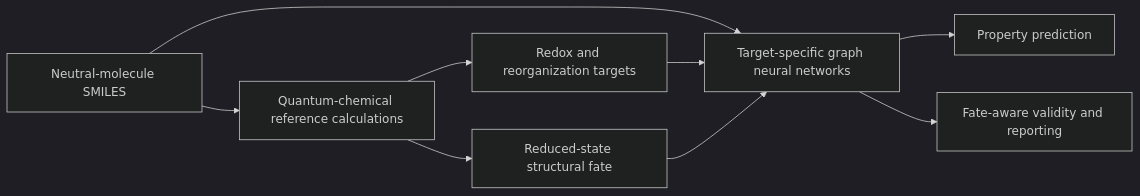
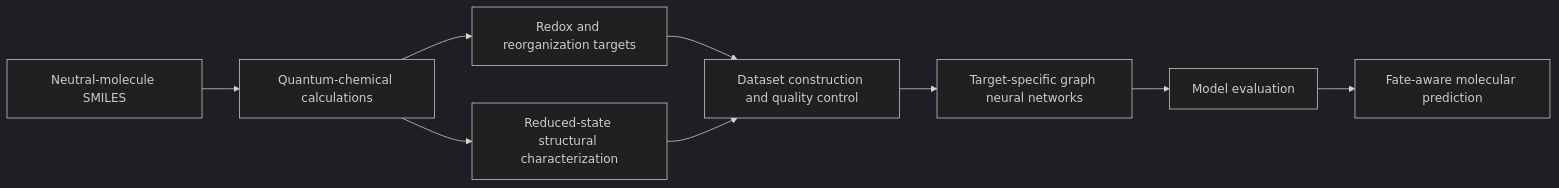
One commit to Mor-cod/aryl-iodide-redox-gnn changed the first of 2 diagrams in README.md. Above: the diagram before and after it, drawn with Mermaid (dark theme). The commit also changed other lines of this file and 8 other files, not shown here.

````diff
--- a/README.md
+++ b/README.md
@@ -7,19 +15,20 @@
 ```mermaid
 flowchart LR
     A[Neutral-molecule SMILES]
-    B[Quantum-chemical reference calculations]
+    B[Quantum-chemical calculations]
     C[Redox and reorganization targets]
-    D[Reduced-state structural fate]
-    E[Target-specific graph neural networks]
-    F[Property prediction]
-    G[Fate-aware validity and reporting]
+    D[Reduced-state structural characterization]
+    E[Dataset construction and quality control]
+    F[Target-specific graph neural networks]
+    G[Model evaluation]
+    H[Fate-aware molecular prediction]
 
     A --> B
     B --> C
     B --> D
-    A --> E
     C --> E
     D --> E
     E --> F
-    E --> G
+    F --> G
+    G --> H
 ```
````
